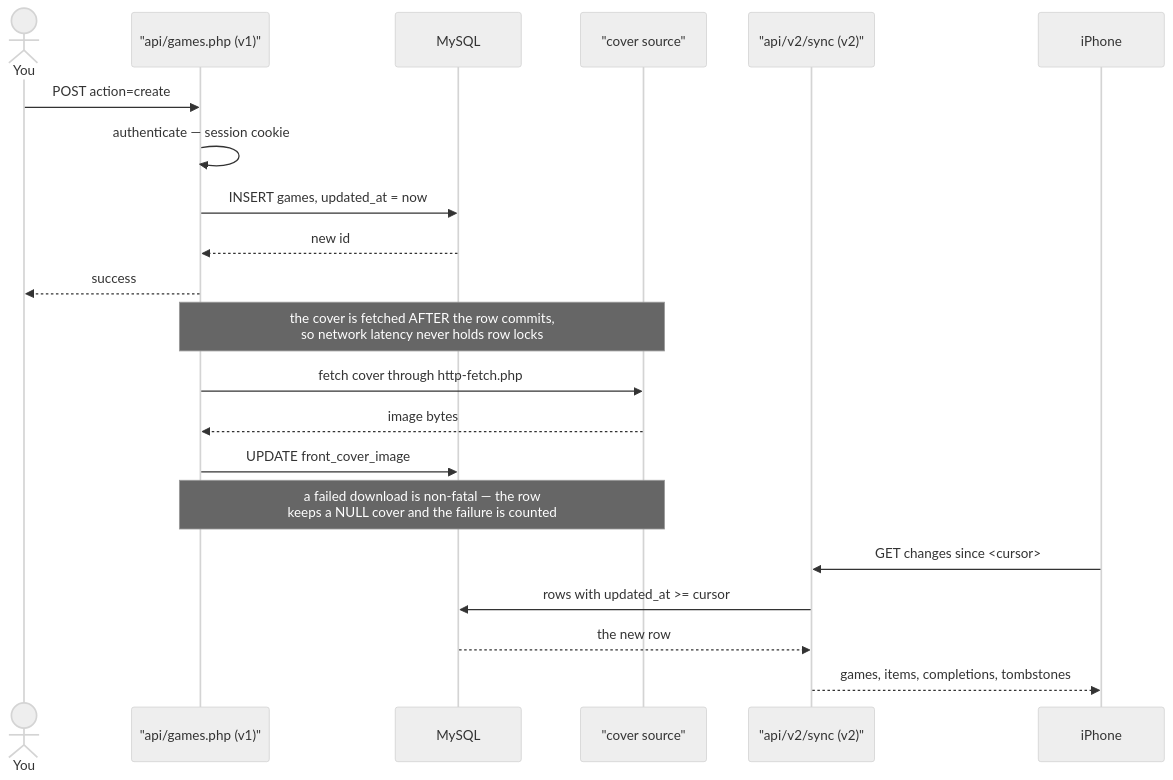
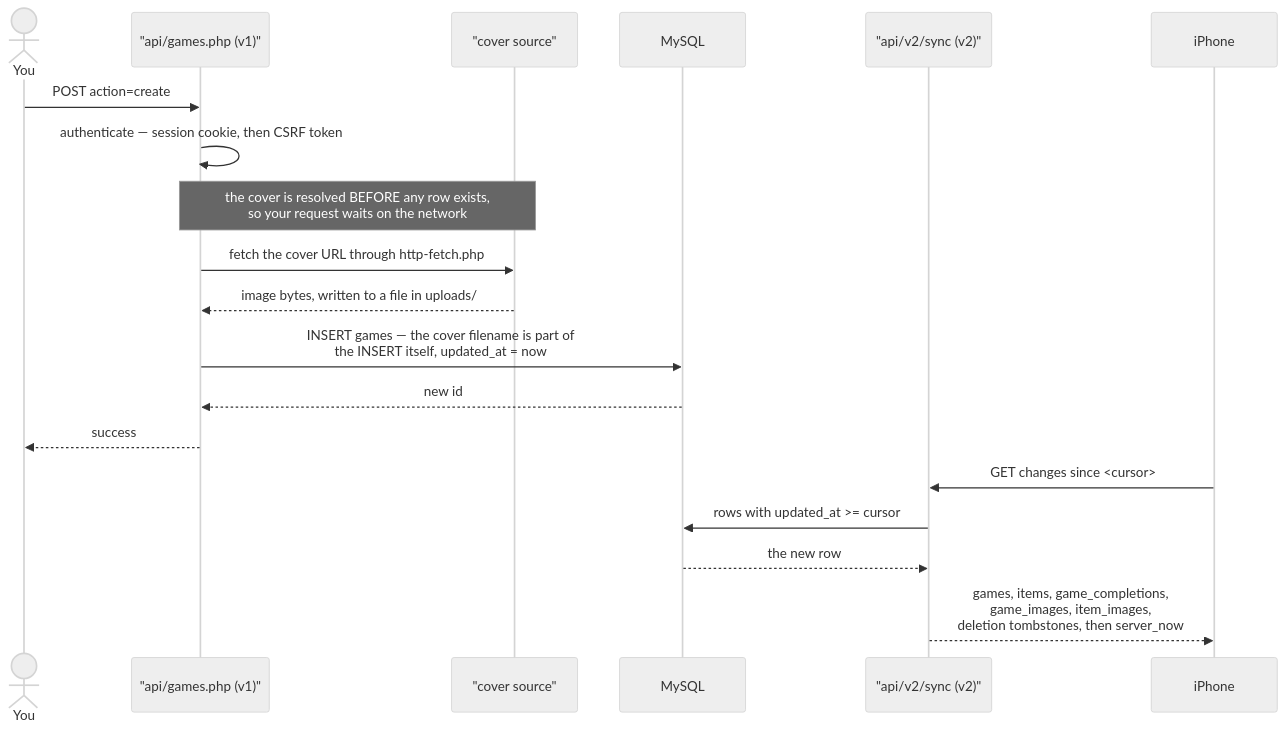
One commit to CammyBlack02/gameTracker changed the second of 2 diagrams in docs/architecture/1-outside.md. Above: the diagram before and after it, drawn with Mermaid (neutral theme). The commit also changed other lines of this file and 2 other files, not shown here.

````diff
--- a/docs/architecture/1-outside.md
+++ b/docs/architecture/1-outside.md
@@ -66,26 +93,23 @@
 ```mermaid
 sequenceDiagram
     actor You
     participant Web as "api/games.php (v1)"
+    participant Net as "cover source"
     participant DB as MySQL
-    participant Net as "cover source"
     participant Sync as "api/v2/sync (v2)"
     participant Phone as iPhone
 
     You->>Web: POST action=create
-    Web->>Web: authenticate — session cookie
-    Web->>DB: INSERT games, updated_at = now
+    Web->>Web: authenticate — session cookie, then CSRF token
+    Note over Web,Net: the cover is resolved BEFORE any row exists,<br/>so your request waits on the network
+    Web->>Net: fetch the cover URL through http-fetch.php
+    Net-->>Web: image bytes, written to a file in uploads/
+    Web->>DB: INSERT games — the cover filename is part of<br/>the INSERT itself, updated_at = now
     DB-->>Web: new id
     Web-->>You: success
-
-    Note over Web,Net: the cover is fetched AFTER the row commits,<br/>so network latency never holds row locks
-    Web->>Net: fetch cover through http-fetch.php
-    Net-->>Web: image bytes
-    Web->>DB: UPDATE front_cover_image
-    Note over Web,Net: a failed download is non-fatal — the row<br/>keeps a NULL cover and the failure is counted
 
     Phone->>Sync: GET changes since <cursor>
     Sync->>DB: rows with updated_at >= cursor
     DB-->>Sync: the new row
-    Sync-->>Phone: games, items, completions, tombstones
+    Sync-->>Phone: games, items, game_completions,<br/>game_images, item_images,<br/>deletion tombstones, then server_now
 ```
````
